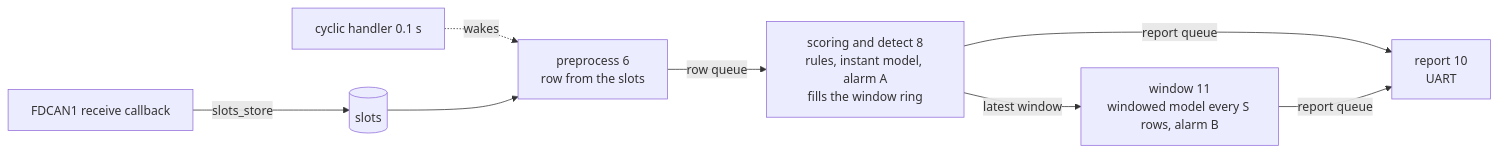
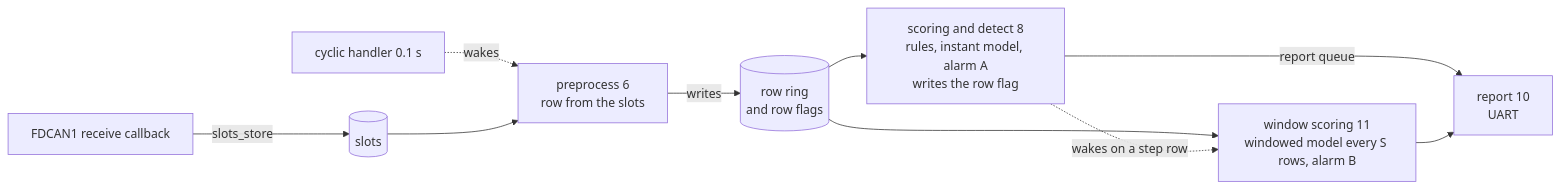
One commit to asana17/ai_can_anomaly_detection changed the diagram in board/docs/goal_window.md. Above: the diagram before and after it, drawn with Mermaid. The commit also changed other lines of this file, not shown here.

Commit message:
docs(board): redraw goal_window.md for the row ring and two alarms

````diff
--- a/board/docs/goal_window.md
+++ b/board/docs/goal_window.md
@@ -85,10 +86,12 @@
 ```mermaid
 flowchart LR
     irq["FDCAN1 receive callback"] -- slots_store --> slots[(slots)]
     tick[cyclic handler 0.1 s] -. wakes .-> pre
     slots --> pre["preprocess 6<br/>row from the slots"]
-    pre -- row queue --> sd["scoring and detect 8<br/>rules, instant model, alarm A<br/>fills the window ring"]
-    sd -- latest window --> win["window 11<br/>windowed model every S rows, alarm B"]
+    pre -- writes --> ring[(row ring<br/>and row flags)]
+    ring --> sd["scoring and detect 8<br/>rules, instant model, alarm A<br/>writes the row flag"]
+    ring --> win["window scoring 11<br/>windowed model every S rows, alarm B"]
+    sd -. wakes on a step row .-> win
     sd -- report queue --> report["report 10<br/>UART"]
-    win -- report queue --> report
+    win --> report
 ```
````
